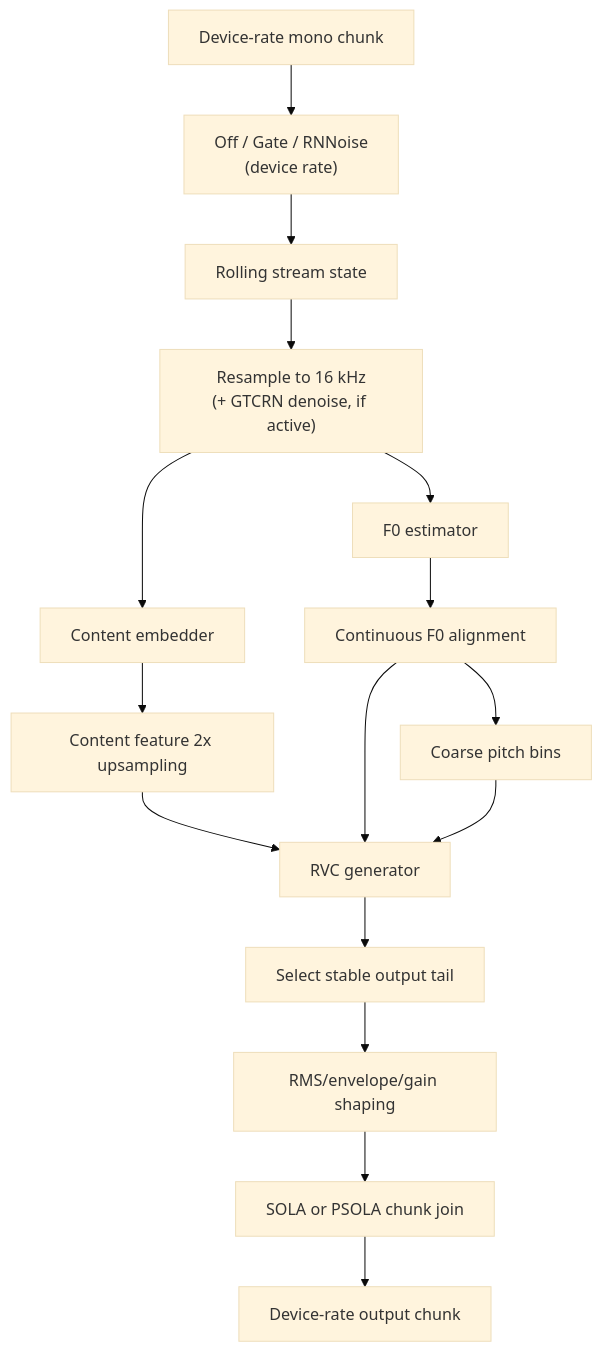
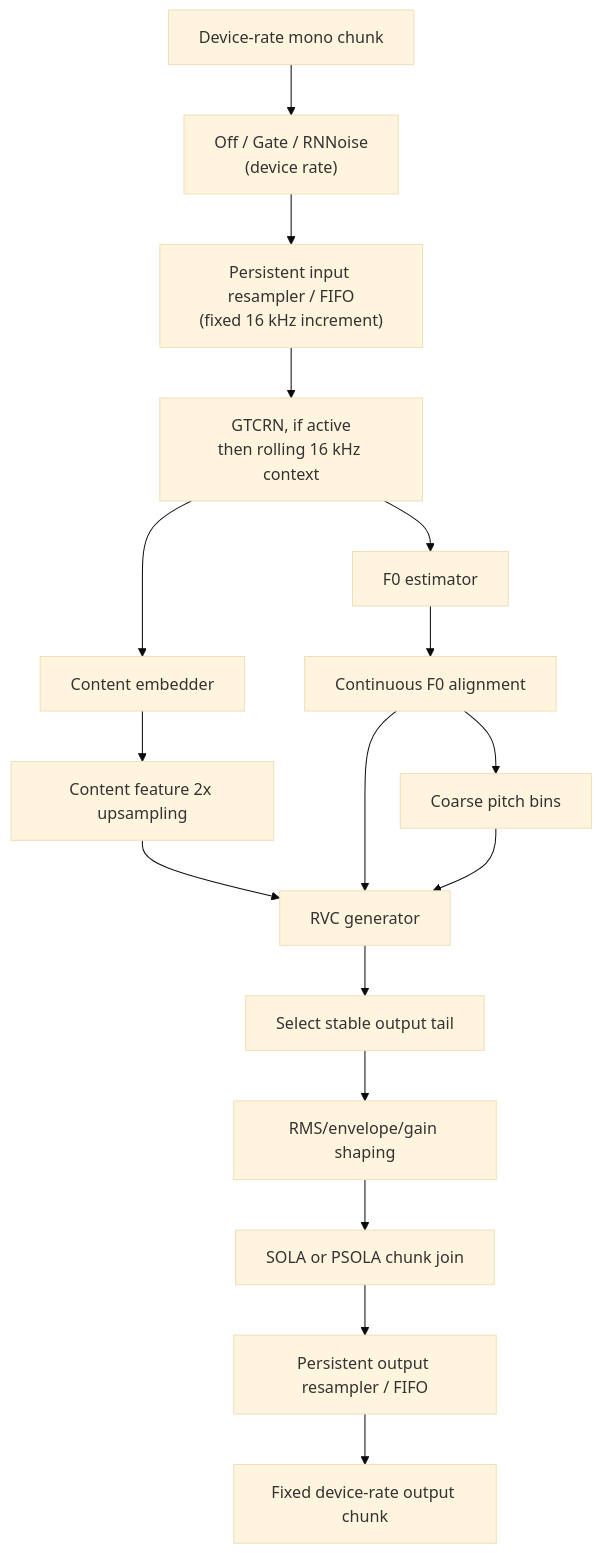
One commit to shirohata/vc-rs changed the second of 2 diagrams in docs/architecture.md. Above: the diagram before and after it, drawn with Mermaid (base theme). The commit also changed other lines of this file and 23 other files, not shown here.

First line of the commit message:
Fix audio resampling timelines and preserve WAV tails

````diff
--- a/docs/architecture.md
+++ b/docs/architecture.md
@@ -135,18 +161,19 @@
 ```mermaid
 flowchart TD
     input["Device-rate mono chunk"] --> denoise["Off / Gate / RNNoise<br/>(device rate)"]
-    denoise --> state["Rolling stream state"]
-    state --> resample["Resample to 16 kHz<br/>(+ GTCRN denoise, if active)"]
-    resample --> embed["Content embedder"]
-    resample --> f0["F0 estimator"]
+    denoise --> resample["Persistent input resampler / FIFO<br/>(fixed 16 kHz increment)"]
+    resample --> state["GTCRN, if active<br/>then rolling 16 kHz context"]
+    state --> embed["Content embedder"]
+    state --> f0["F0 estimator"]
     embed --> feats["Content feature 2x upsampling"]
     f0 --> pitchf["Continuous F0 alignment"]
     pitchf --> coarse["Coarse pitch bins"]
     feats --> rvc["RVC generator"]
     pitchf --> rvc
     coarse --> rvc
     rvc --> tail["Select stable output tail"]
     tail --> level["RMS/envelope/gain shaping"]
     level --> join["SOLA or PSOLA chunk join"]
-    join --> device["Device-rate output chunk"]
+    join --> output_resample["Persistent output resampler / FIFO"]
+    output_resample --> device["Fixed device-rate output chunk"]
 ```
````
